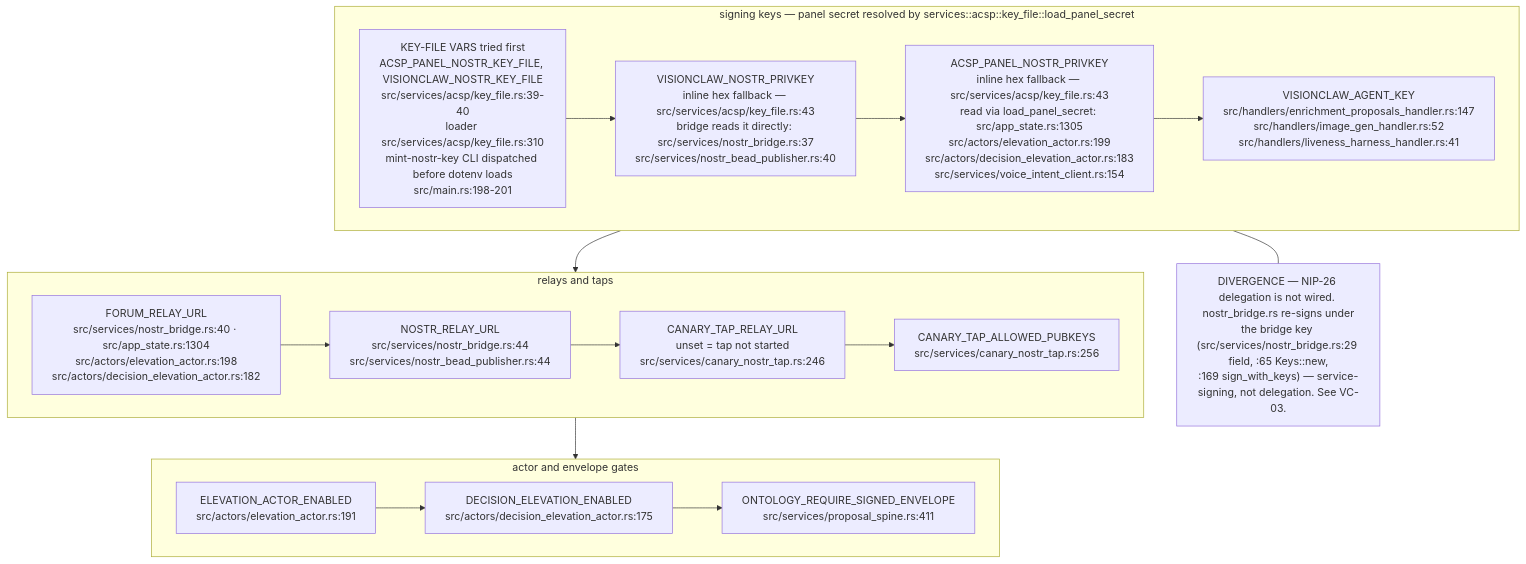
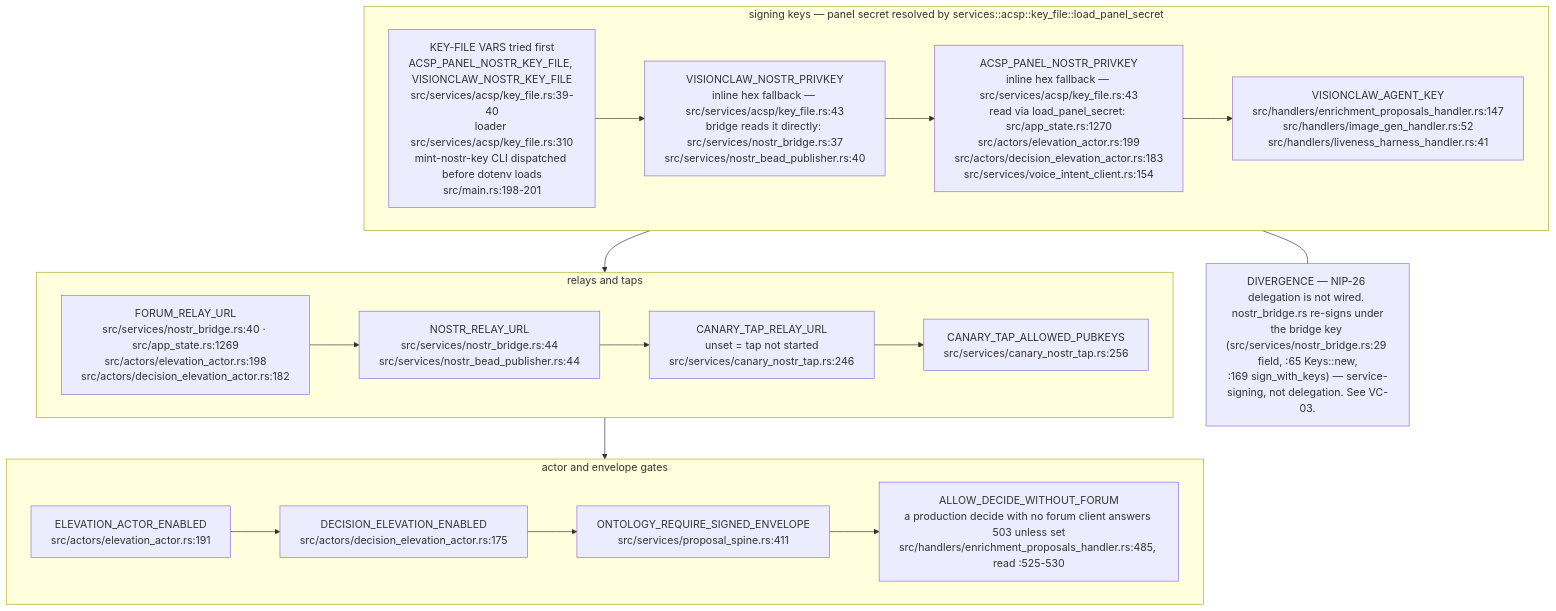
One commit to DreamLab-AI/VisionFlow changed the tenth of 16 diagrams in docs/diagrams/visionclaw/09-config-and-env-flags.md. Above: the diagram before and after it, drawn with Mermaid. The commit also changed other lines of this file and 7 other files, not shown here.

First line of the commit message:
diagrams(visionclaw): re-verify VC-09..VC-16 at visionclaw 4900ec60

````diff
--- a/docs/diagrams/visionclaw/09-config-and-env-flags.md
+++ b/docs/diagrams/visionclaw/09-config-and-env-flags.md
@@ -452,15 +454,15 @@
 ```mermaid
 flowchart TB
     subgraph KEYS["signing keys — panel secret resolved by services::acsp::key_file::load_panel_secret"]
-        K0["KEY-FILE VARS tried first<br/>ACSP_PANEL_NOSTR_KEY_FILE, VISIONCLAW_NOSTR_KEY_FILE<br/>src/services/acsp/key_file.rs:39-40<br/>loader src/services/acsp/key_file.rs:310<br/>mint-nostr-key CLI dispatched before dotenv loads<br/>src/main.rs:198-201"] --> K1["VISIONCLAW_NOSTR_PRIVKEY<br/>inline hex fallback — src/services/acsp/key_file.rs:43<br/>bridge reads it directly: src/services/nostr_bridge.rs:37<br/>src/services/nostr_bead_publisher.rs:40"] --> K2["ACSP_PANEL_NOSTR_PRIVKEY<br/>inline hex fallback — src/services/acsp/key_file.rs:43<br/>read via load_panel_secret: src/app_state.rs:1305<br/>src/actors/elevation_actor.rs:199<br/>src/actors/decision_elevation_actor.rs:183<br/>src/services/voice_intent_client.rs:154"] --> K3["VISIONCLAW_AGENT_KEY<br/>src/handlers/enrichment_proposals_handler.rs:147<br/>src/handlers/image_gen_handler.rs:52<br/>src/handlers/liveness_harness_handler.rs:41"]
+        K0["KEY-FILE VARS tried first<br/>ACSP_PANEL_NOSTR_KEY_FILE, VISIONCLAW_NOSTR_KEY_FILE<br/>src/services/acsp/key_file.rs:39-40<br/>loader src/services/acsp/key_file.rs:310<br/>mint-nostr-key CLI dispatched before dotenv loads<br/>src/main.rs:198-201"] --> K1["VISIONCLAW_NOSTR_PRIVKEY<br/>inline hex fallback — src/services/acsp/key_file.rs:43<br/>bridge reads it directly: src/services/nostr_bridge.rs:37<br/>src/services/nostr_bead_publisher.rs:40"] --> K2["ACSP_PANEL_NOSTR_PRIVKEY<br/>inline hex fallback — src/services/acsp/key_file.rs:43<br/>read via load_panel_secret: src/app_state.rs:1270<br/>src/actors/elevation_actor.rs:199<br/>src/actors/decision_elevation_actor.rs:183<br/>src/services/voice_intent_client.rs:154"] --> K3["VISIONCLAW_AGENT_KEY<br/>src/handlers/enrichment_proposals_handler.rs:147<br/>src/handlers/image_gen_handler.rs:52<br/>src/handlers/liveness_harness_handler.rs:41"]
     end
     subgraph RELAYS["relays and taps"]
-        R1["FORUM_RELAY_URL<br/>src/services/nostr_bridge.rs:40 · src/app_state.rs:1304<br/>src/actors/elevation_actor.rs:198<br/>src/actors/decision_elevation_actor.rs:182"] --> R2["NOSTR_RELAY_URL<br/>src/services/nostr_bridge.rs:44<br/>src/services/nostr_bead_publisher.rs:44"] --> R3["CANARY_TAP_RELAY_URL<br/>unset = tap not started<br/>src/services/canary_nostr_tap.rs:246"] --> R4["CANARY_TAP_ALLOWED_PUBKEYS<br/>src/services/canary_nostr_tap.rs:256"]
+        R1["FORUM_RELAY_URL<br/>src/services/nostr_bridge.rs:40 · src/app_state.rs:1269<br/>src/actors/elevation_actor.rs:198<br/>src/actors/decision_elevation_actor.rs:182"] --> R2["NOSTR_RELAY_URL<br/>src/services/nostr_bridge.rs:44<br/>src/services/nostr_bead_publisher.rs:44"] --> R3["CANARY_TAP_RELAY_URL<br/>unset = tap not started<br/>src/services/canary_nostr_tap.rs:246"] --> R4["CANARY_TAP_ALLOWED_PUBKEYS<br/>src/services/canary_nostr_tap.rs:256"]
     end
     subgraph GATES["actor and envelope gates"]
-        G1["ELEVATION_ACTOR_ENABLED<br/>src/actors/elevation_actor.rs:191"] --> G2["DECISION_ELEVATION_ENABLED<br/>src/actors/decision_elevation_actor.rs:175"] --> G3["ONTOLOGY_REQUIRE_SIGNED_ENVELOPE<br/>src/services/proposal_spine.rs:411"]
+        G1["ELEVATION_ACTOR_ENABLED<br/>src/actors/elevation_actor.rs:191"] --> G2["DECISION_ELEVATION_ENABLED<br/>src/actors/decision_elevation_actor.rs:175"] --> G3["ONTOLOGY_REQUIRE_SIGNED_ENVELOPE<br/>src/services/proposal_spine.rs:411"] --> G4["ALLOW_DECIDE_WITHOUT_FORUM<br/>a production decide with no forum client answers 503 unless set<br/>src/handlers/enrichment_proposals_handler.rs:485, read :525-530"]
     end
     KEYS --> RELAYS --> GATES
     N3["DIVERGENCE — NIP-26 delegation is not wired. nostr_bridge.rs re-signs under<br/>the bridge key (src/services/nostr_bridge.rs:29 field, :65 Keys::new,<br/>:169 sign_with_keys) — service-signing, not delegation. See VC-03."]
     KEYS --- N3
 ```
````
